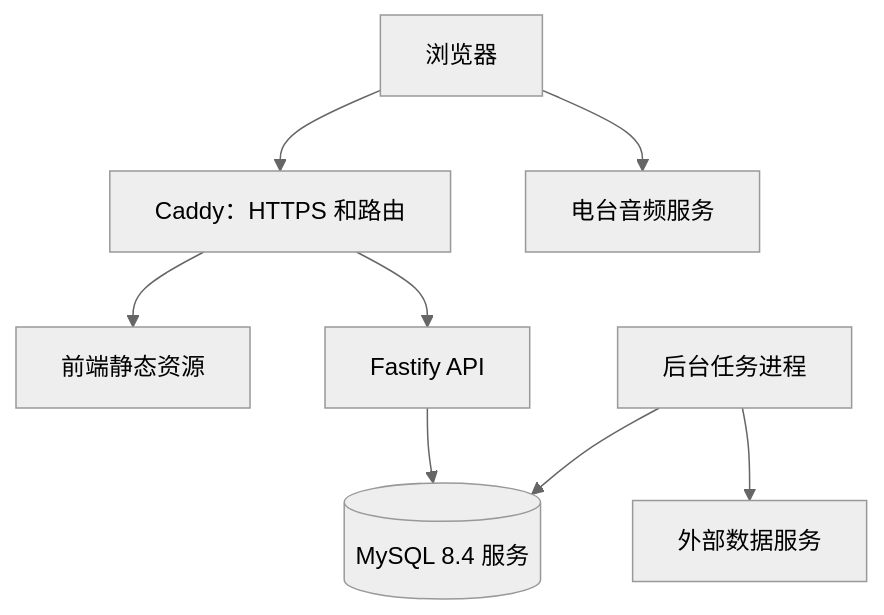
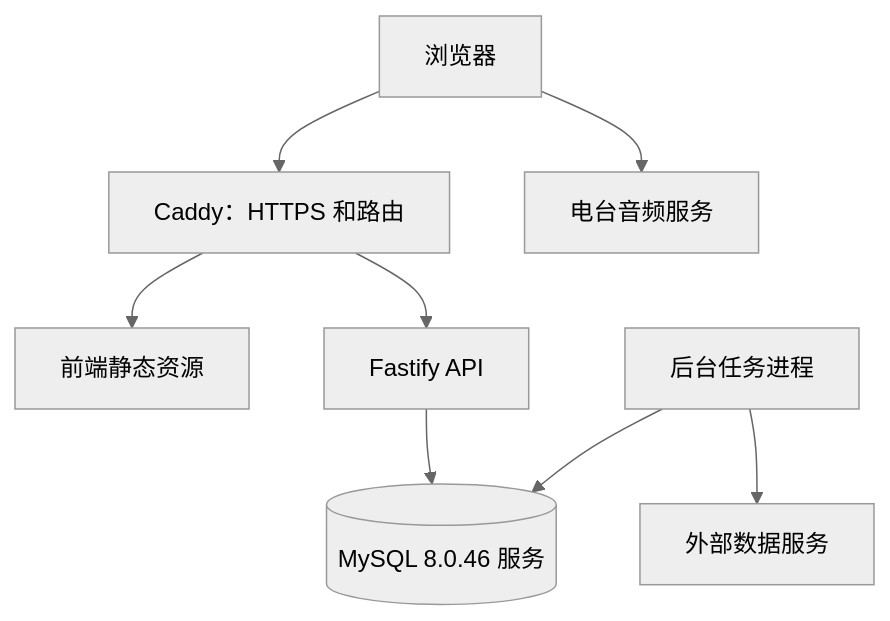
One commit to hahaen/hahaen-radio changed the diagram in docs/architecture/system-design.md. Above: the diagram before and after it, drawn with Mermaid (neutral theme). The commit also changed other lines of this file and 25 other files, not shown here.

````diff
--- a/docs/architecture/system-design.md
+++ b/docs/architecture/system-design.md
@@ -20,10 +20,10 @@
 ```mermaid
 flowchart TD
     Browser[浏览器] --> Caddy[Caddy：HTTPS 和路由]
     Caddy --> Static[前端静态资源]
     Caddy --> API[Fastify API]
-    API --> DB[(MySQL 8.4 服务)]
+    API --> DB[(MySQL 8.0.46 服务)]
     Jobs[后台任务进程] --> DB
     Jobs --> External[外部数据服务]
     Browser --> Audio[电台音频服务]
 ```
````
